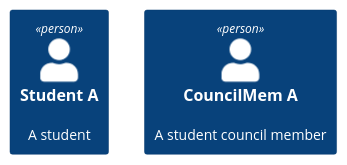
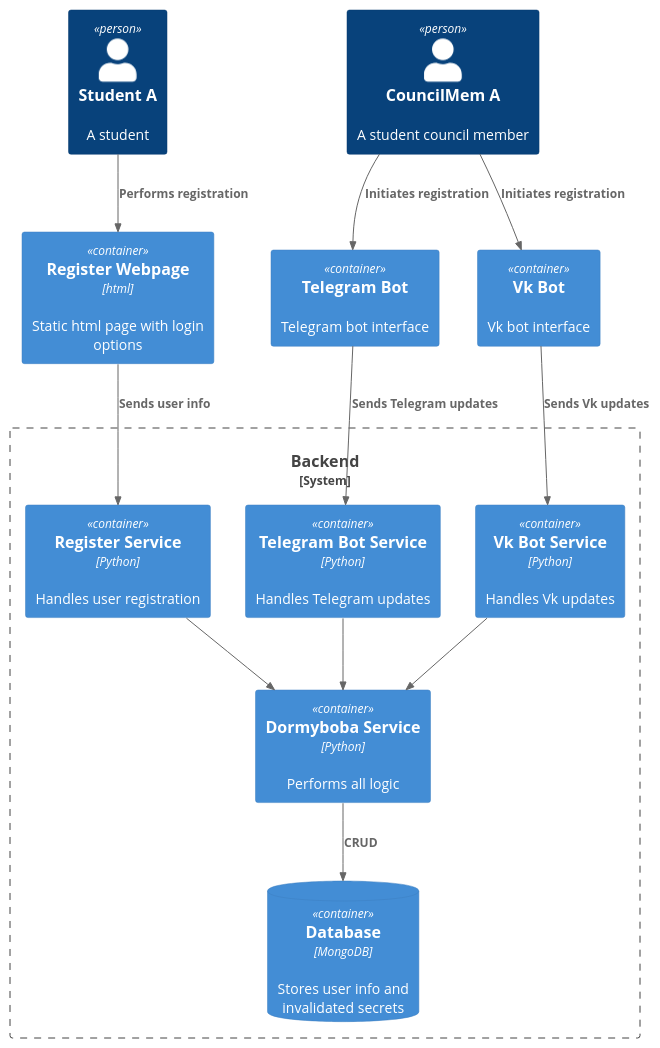
The diagram in docs/hld/system.puml (aaletov/dormyboba), drawn with PlantUML before and after one commit. The commit also changed 1 other file, not shown here.

Commit message:
Add system diagram

```diff
--- a/docs/hld/system.puml
+++ b/docs/hld/system.puml
@@ -1,8 +1,35 @@
 @startuml System diagram for dormyboba project
-!include https://raw.githubusercontent.com/plantuml-stdlib/C4-PlantUML/master/C4_Component.puml
+!include https://raw.githubusercontent.com/plantuml-stdlib/C4-PlantUML/master/C4_Context.puml
+!include https://raw.githubusercontent.com/plantuml-stdlib/C4-PlantUML/master/C4_Container.puml
 
 skinparam defaultFontName Open Sans
 
 Person(studentA, "Student A", "A student")
-Person(councilmemA, "CouncilMem A", "A student council member")
+Person(councilMemA, "CouncilMem A", "A student council member")
+
+Container(registerPage, "Register Webpage", "html", "Static html page with login options")
+Container(telegramBot, "Telegram Bot", "", "Telegram bot interface")
+Container(vkBot, "Vk Bot", "", "Vk bot interface")
+
+System_Boundary(backend, "Backend") {
+  Container(registerService, "Register Service", "Python", "Handles user registration")
+  Container(telegramBotService, "Telegram Bot Service", "Python", "Handles Telegram updates")
+  Container(vkBotService, "Vk Bot Service", "Python", "Handles Vk updates")
+  Container(dormybobaService, "Dormyboba Service", "Python", "Performs all logic")
+  ContainerDb(db, "Database", "MongoDB", "Stores user info and invalidated secrets")
+}
+
+Rel_D(studentA, registerPage, "Performs registration")
+Rel_D(councilMemA, telegramBot, "Initiates registration")
+Rel_D(councilMemA, vkBot, "Initiates registration")
+
+Rel_D(registerPage, registerService, "Sends user info")
+Rel_D(telegramBot, telegramBotService, "Sends Telegram updates")
+Rel_D(vkBot, vkBotService, "Sends Vk updates")
+
+Rel_D(registerService, dormybobaService, "")
+Rel_D(telegramBotService, dormybobaService, "")
+Rel_D(vkBotService, dormybobaService, "")
+
+Rel_D(dormybobaService, db, "CRUD")
 @enduml
```
